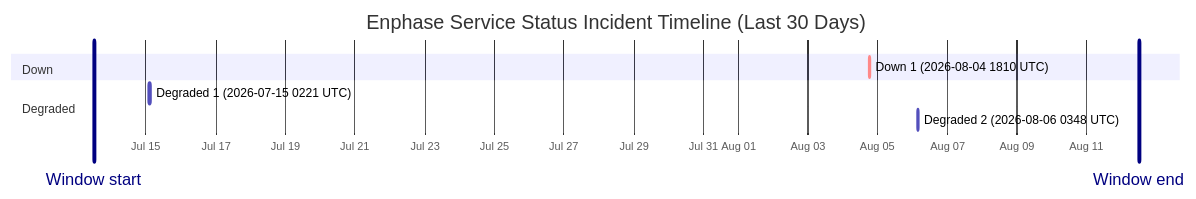
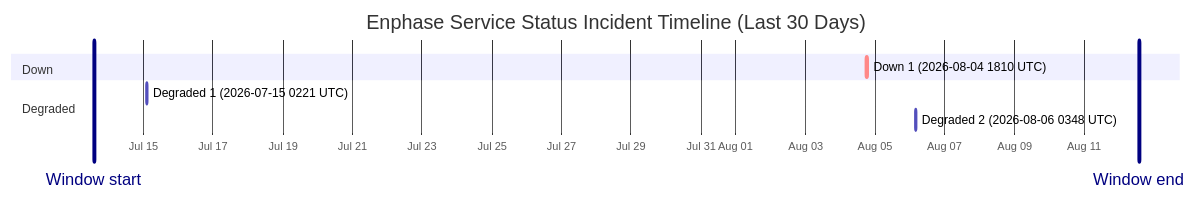
The diagram in wiki/Service-Status-History.md (barneyonline/ha-enphase-energy), drawn with Mermaid before and after one commit. The commit also changed other lines of this file and 3 other files, not shown here.

````diff
--- a/wiki/Service-Status-History.md
+++ b/wiki/Service-Status-History.md
@@ -14,13 +14,13 @@
 ```mermaid
 gantt
     title Enphase Service Status Incident Timeline (Last 30 Days)
     dateFormat  YYYY-MM-DDTHH:mm:ss
     axisFormat  %b %d
-    Window start :vert, window-start, 2026-07-13T12:08:15, 0ms
-    Window end :vert, window-end, 2026-08-12T12:08:15, 0ms
+    Window start :vert, window-start, 2026-07-13T13:55:52, 0ms
+    Window end :vert, window-end, 2026-08-12T13:55:52, 0ms
     section Down
     Down 1 (2026-08-04 1810 UTC) :crit, down-1, 2026-08-04T18:10:46, 60m
     section Degraded
     Degraded 1 (2026-07-15 0221 UTC) :active, degraded-1, 2026-07-15T02:21:35, 60m
     Degraded 2 (2026-08-06 0348 UTC) :active, degraded-2, 2026-08-06T03:48:14, 60m
 ```
````
